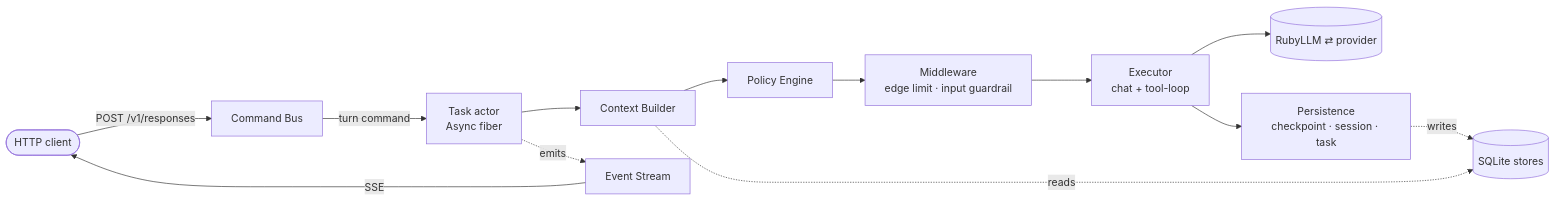
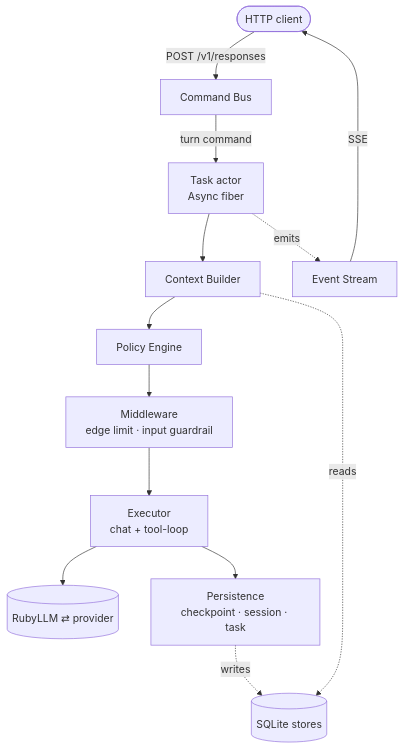
The first of 6 diagrams in docs/ARCHITECTURE.md (guizaols/insika), drawn with Mermaid before and after one commit. The commit also changed other lines of this file, not shown here.

````diff
--- a/docs/ARCHITECTURE.md
+++ b/docs/ARCHITECTURE.md
@@ -28,15 +28,15 @@
 ```mermaid
-flowchart LR
+flowchart TD
   client([HTTP client]) -->|"POST /v1/responses"| bus[Command Bus]
   bus -->|turn command| task[Task actor<br/>Async fiber]
   task --> cb[Context Builder]
   cb --> pol[Policy Engine]
   pol --> mw[Middleware<br/>edge limit · input guardrail]
   mw --> ex[Executor<br/>chat + tool-loop]
   ex --> rll[(RubyLLM ⇄ provider)]
   ex --> persist[Persistence<br/>checkpoint · session · task]
   task -.emits.-> es[Event Stream]
   es -->|SSE| client
   cb -.reads.-> stores[(SQLite stores)]
   persist -.writes.-> stores
 ```
````
